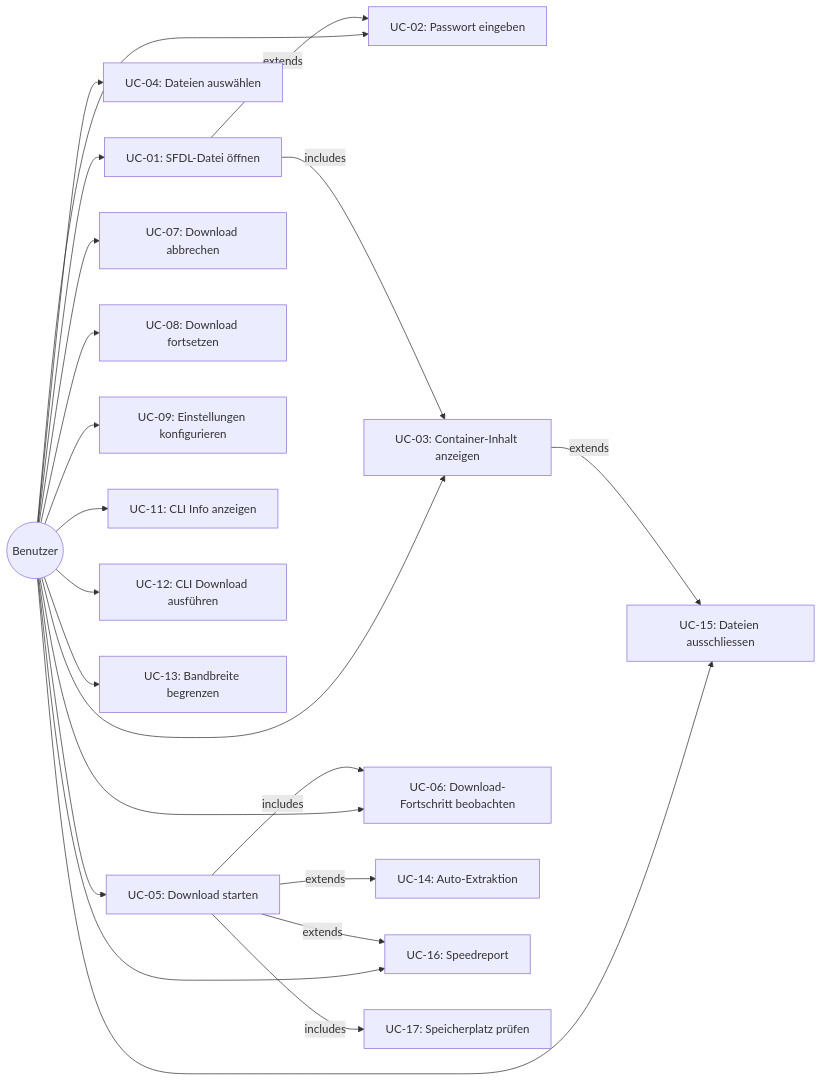
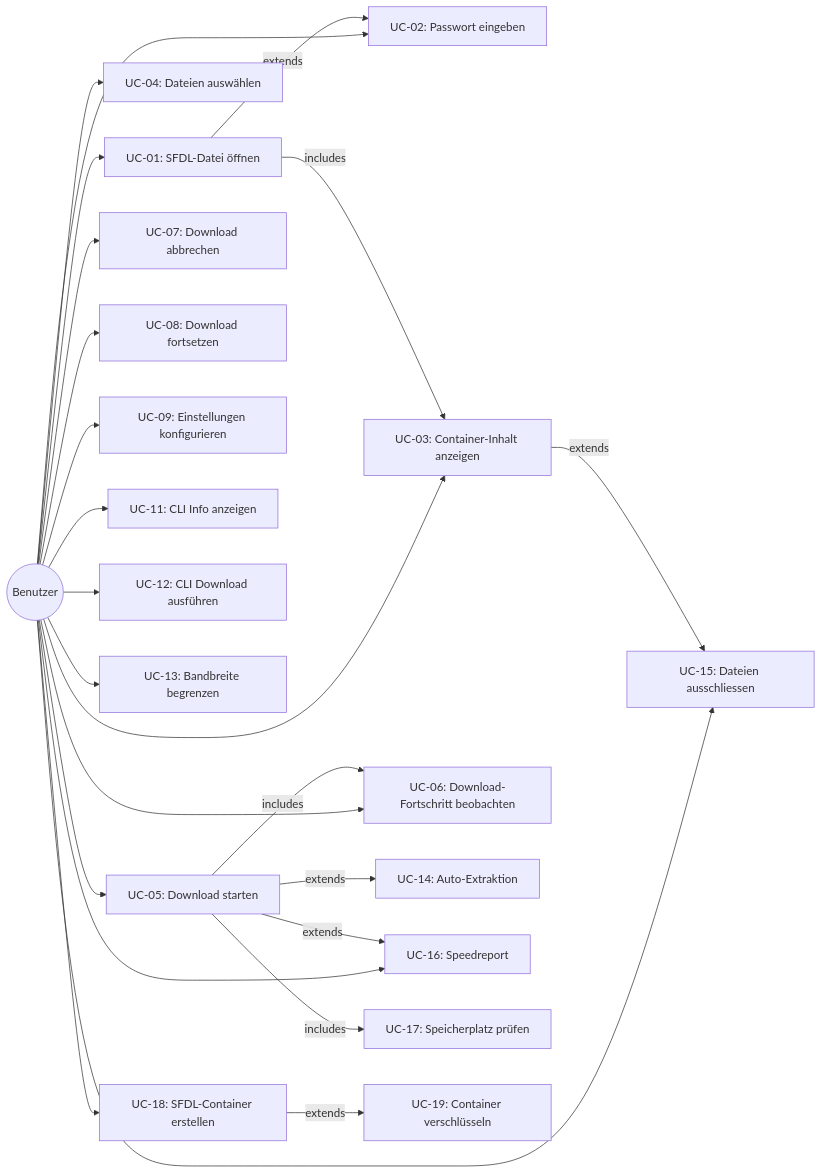
Before and after one commit to p0h12/rsfdl: the diagram in docs/USE-CASES.md, drawn with Mermaid. The commit also changed other lines of this file and 59 other files, not shown here.

````diff
--- a/docs/USE-CASES.md
+++ b/docs/USE-CASES.md
@@ -5,44 +5,47 @@
 ```mermaid
 graph LR
     User((Benutzer))
 
     UC01[UC-01: SFDL-Datei öffnen]
     UC02[UC-02: Passwort eingeben]
     UC03[UC-03: Container-Inhalt anzeigen]
     UC04[UC-04: Dateien auswählen]
     UC05[UC-05: Download starten]
     UC06[UC-06: Download-Fortschritt beobachten]
     UC07[UC-07: Download abbrechen]
     UC08[UC-08: Download fortsetzen]
     UC09[UC-09: Einstellungen konfigurieren]
     UC11[UC-11: CLI Info anzeigen]
     UC12[UC-12: CLI Download ausführen]
     UC13[UC-13: Bandbreite begrenzen]
     UC14[UC-14: Auto-Extraktion]
     UC15[UC-15: Dateien ausschliessen]
     UC16[UC-16: Speedreport]
     UC17[UC-17: Speicherplatz prüfen]
-
+    UC18[UC-18: SFDL-Container erstellen]
+    UC19[UC-19: Container verschlüsseln]
     User --> UC01
     User --> UC02
     User --> UC03
     User --> UC04
     User --> UC05
     User --> UC06
     User --> UC07
     User --> UC08
     User --> UC09
     User --> UC11
     User --> UC12
     User --> UC13
     User --> UC15
     User --> UC16
+    User --> UC18
 
     UC01 -->|extends| UC02
     UC01 -->|includes| UC03
     UC05 -->|includes| UC06
     UC05 -->|includes| UC17
     UC05 -->|extends| UC14
     UC05 -->|extends| UC16
     UC03 -->|extends| UC15
+    UC18 -->|extends| UC19
 ```
````
